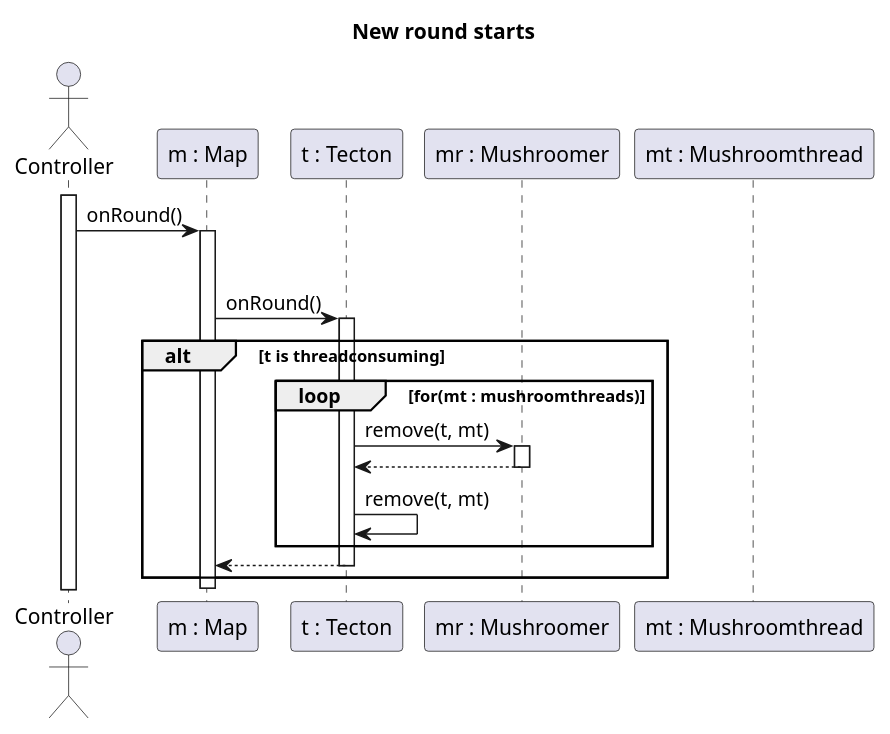
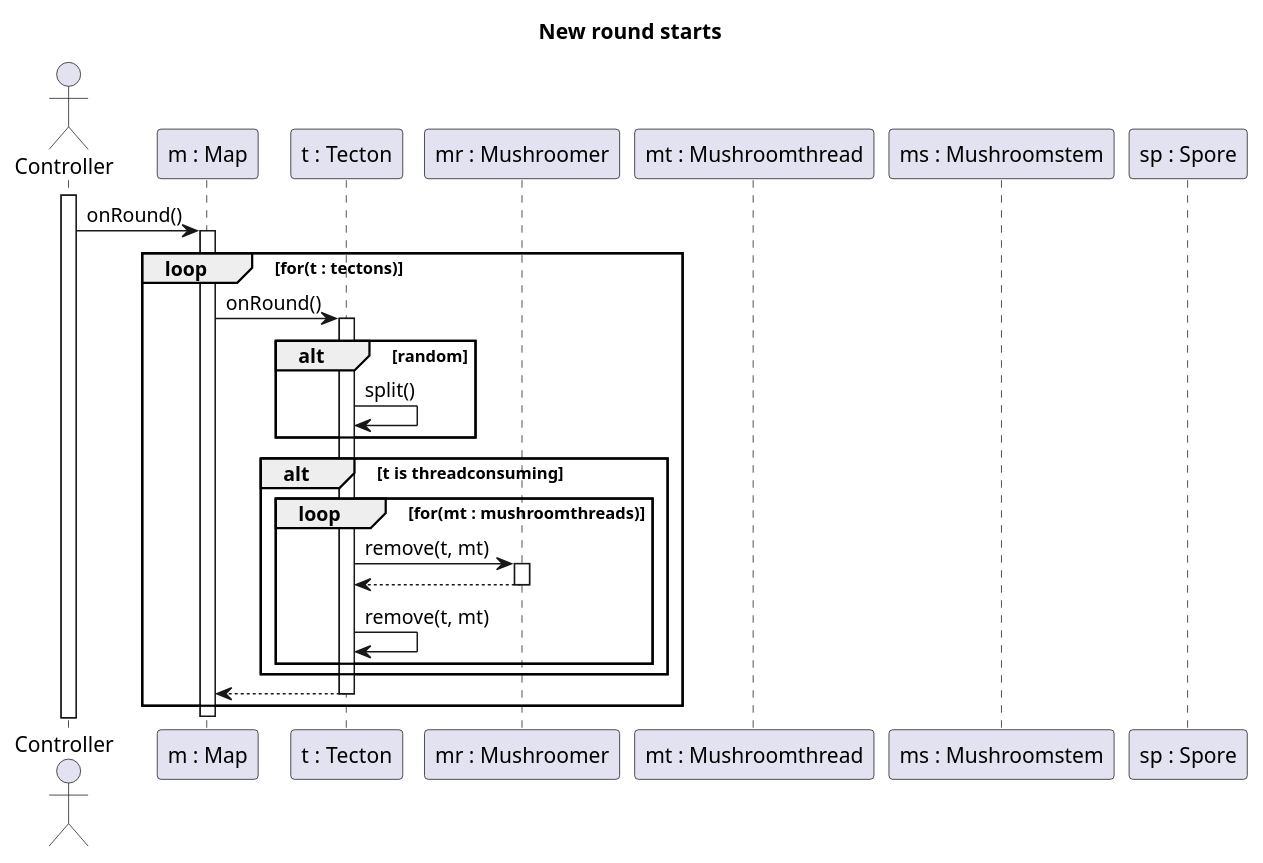
One commit to Petya-G/fungorium changed the diagram in 5/sequences/startsRound.puml. Above: the diagram before and after it, drawn with PlantUML. The commit also changed 3 other files, not shown here.

Commit message:
more diagrams

```diff
--- a/5/sequences/startsRound.puml
+++ b/5/sequences/startsRound.puml
@@ -1,33 +1,41 @@
 @startuml New round starts
 title New round starts
 
 actor Controller
 participant "m : Map" as M
 participant "t : Tecton" as T
 participant "mr : Mushroomer" as MR
 participant "mt : Mushroomthread" as MT
+participant "ms : Mushroomstem" as MS
+participant "sp : Spore" as SP
 
 activate Controller
 Controller -> M : onRound()
 activate M
 
 loop for(t : tectons)
     M -> T : onRound()
     activate T
+
+    alt random
+        T -> T : split()
+        'edit here
+    end
 
     alt t is threadconsuming
         loop for(mt : mushroomthreads)
             T -> MR : remove(t, mt)
             activate MR
             T <-- MR
             deactivate MR
 
             T -> T : remove(t, mt)
         end
-        M <-- T
-        deactivate T
     end
 
-    deactivate M
+    M <-- T
+    deactivate T
+end
+deactivate M
 
-    @enduml
+@enduml
```
